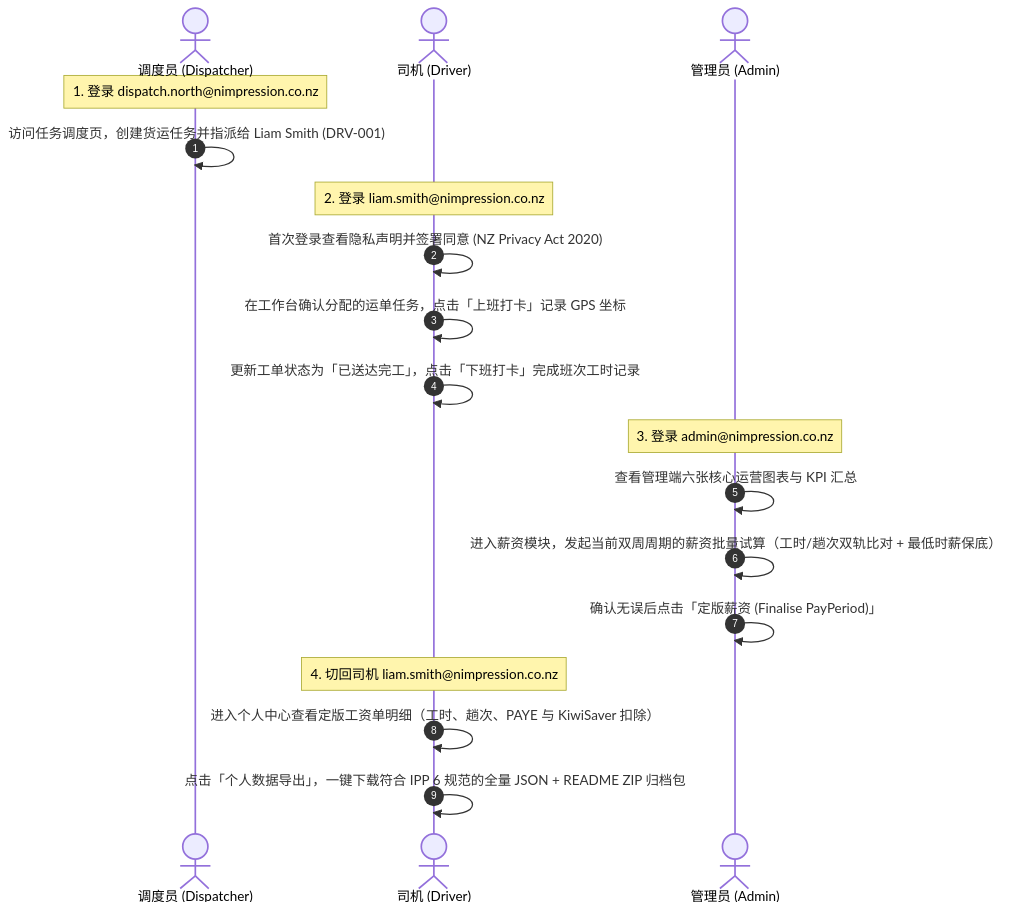
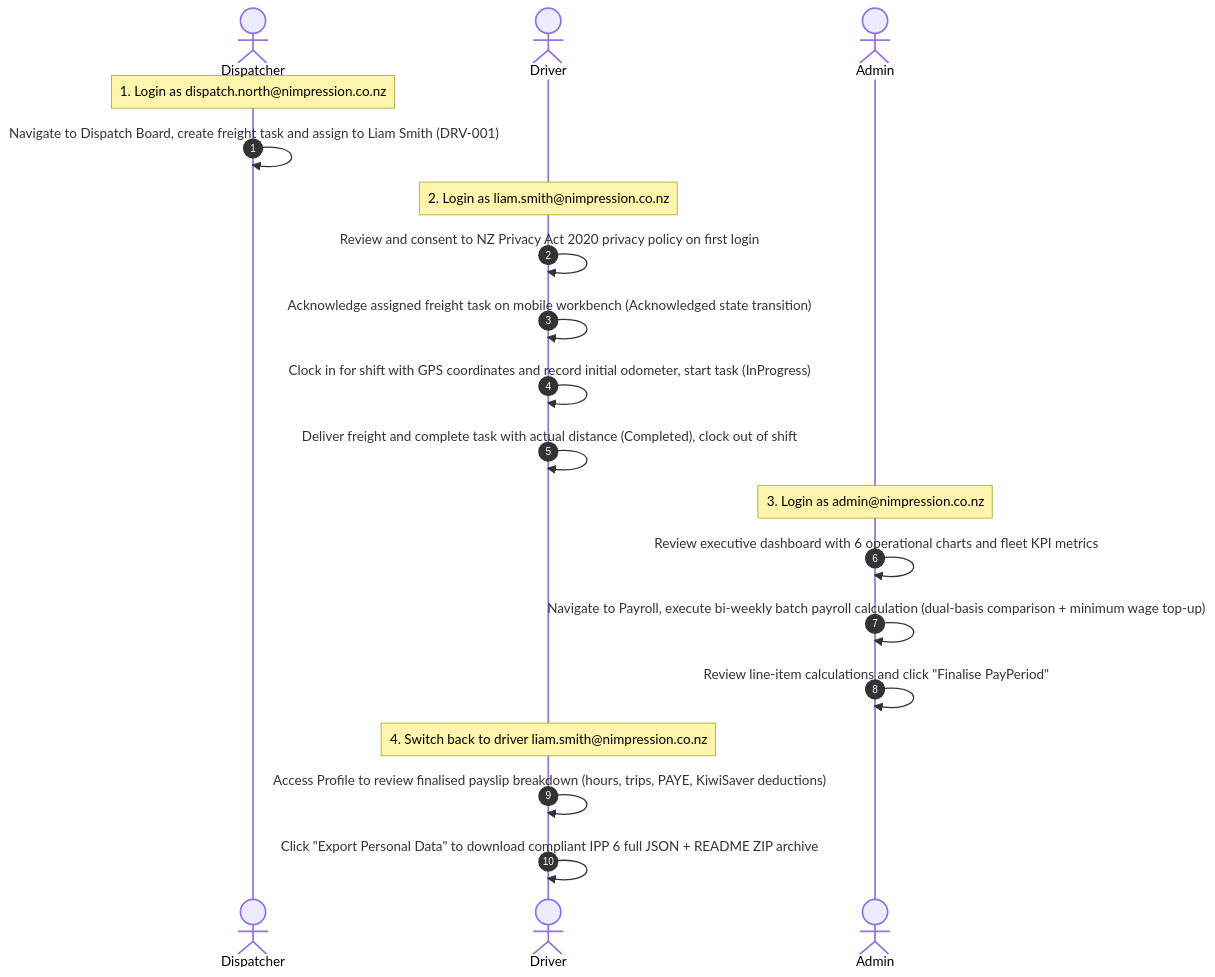
The diagram in README.md (lazyeo/nimpression-ops), drawn with Mermaid before and after one commit. The commit also changed other lines of this file, not shown here.

````diff
--- a/README.md
+++ b/README.md
@@ -63,24 +144,25 @@
 ```mermaid
 sequenceDiagram
     autonumber
-    actor D as 调度员 (Dispatcher)
-    actor R as 司机 (Driver)
-    actor A as 管理员 (Admin)
+    actor D as Dispatcher
+    actor R as Driver
+    actor A as Admin
 
-    Note over D: 1. 登录 dispatch.north@nimpression.co.nz
-    D->>D: 访问任务调度页，创建货运任务并指派给 Liam Smith (DRV-001)
+    Note over D: 1. Login as dispatch.north@nimpression.co.nz
+    D->>D: Navigate to Dispatch Board, create freight task and assign to Liam Smith (DRV-001)
     
-    Note over R: 2. 登录 liam.smith@nimpression.co.nz
-    R->>R: 首次登录查看隐私声明并签署同意 (NZ Privacy Act 2020)
-    R->>R: 在工作台确认分配的运单任务，点击「上班打卡」记录 GPS 坐标
-    R->>R: 更新工单状态为「已送达完工」，点击「下班打卡」完成班次工时记录
+    Note over R: 2. Login as liam.smith@nimpression.co.nz
+    R->>R: Review and consent to NZ Privacy Act 2020 privacy policy on first login
+    R->>R: Acknowledge assigned freight task on mobile workbench (Acknowledged state transition)
+    R->>R: Clock in for shift with GPS coordinates and record initial odometer, start task (InProgress)
+    R->>R: Deliver freight and complete task with actual distance (Completed), clock out of shift
     
-    Note over A: 3. 登录 admin@nimpression.co.nz
-    A->>A: 查看管理端六张核心运营图表与 KPI 汇总
-    A->>A: 进入薪资模块，发起当前双周周期的薪资批量试算（工时/趟次双轨比对 + 最低时薪保底）
-    A->>A: 确认无误后点击「定版薪资 (Finalise PayPeriod)」
+    Note over A: 3. Login as admin@nimpression.co.nz
+    A->>A: Review executive dashboard with 6 operational charts and fleet KPI metrics
+    A->>A: Navigate to Payroll, execute bi-weekly batch payroll calculation (dual-basis comparison + minimum wage top-up)
+    A->>A: Review line-item calculations and click "Finalise PayPeriod"
     
-    Note over R: 4. 切回司机 liam.smith@nimpression.co.nz
-    R->>R: 进入个人中心查看定版工资单明细（工时、趟次、PAYE 与 KiwiSaver 扣除）
-    R->>R: 点击「个人数据导出」，一键下载符合 IPP 6 规范的全量 JSON + README ZIP 归档包
+    Note over R: 4. Switch back to driver liam.smith@nimpression.co.nz
+    R->>R: Access Profile to review finalised payslip breakdown (hours, trips, PAYE, KiwiSaver deductions)
+    R->>R: Click "Export Personal Data" to download compliant IPP 6 full JSON + README ZIP archive
 ```
````
